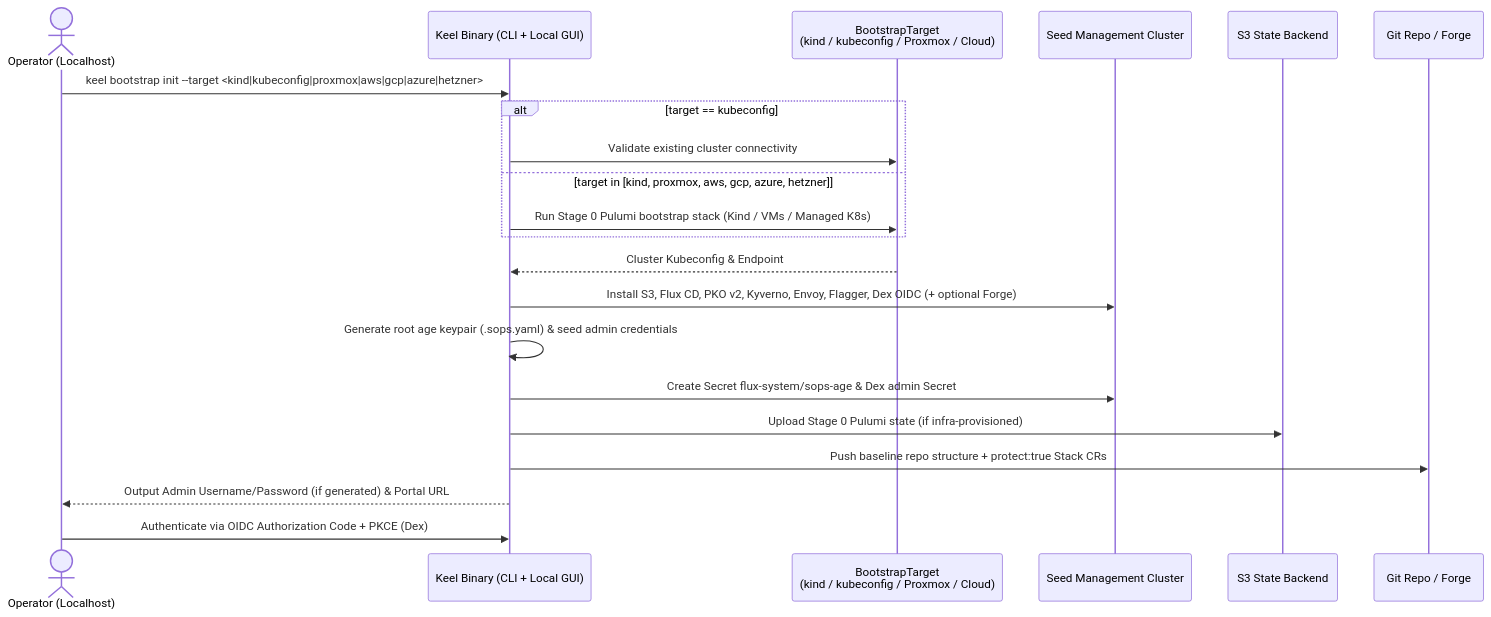
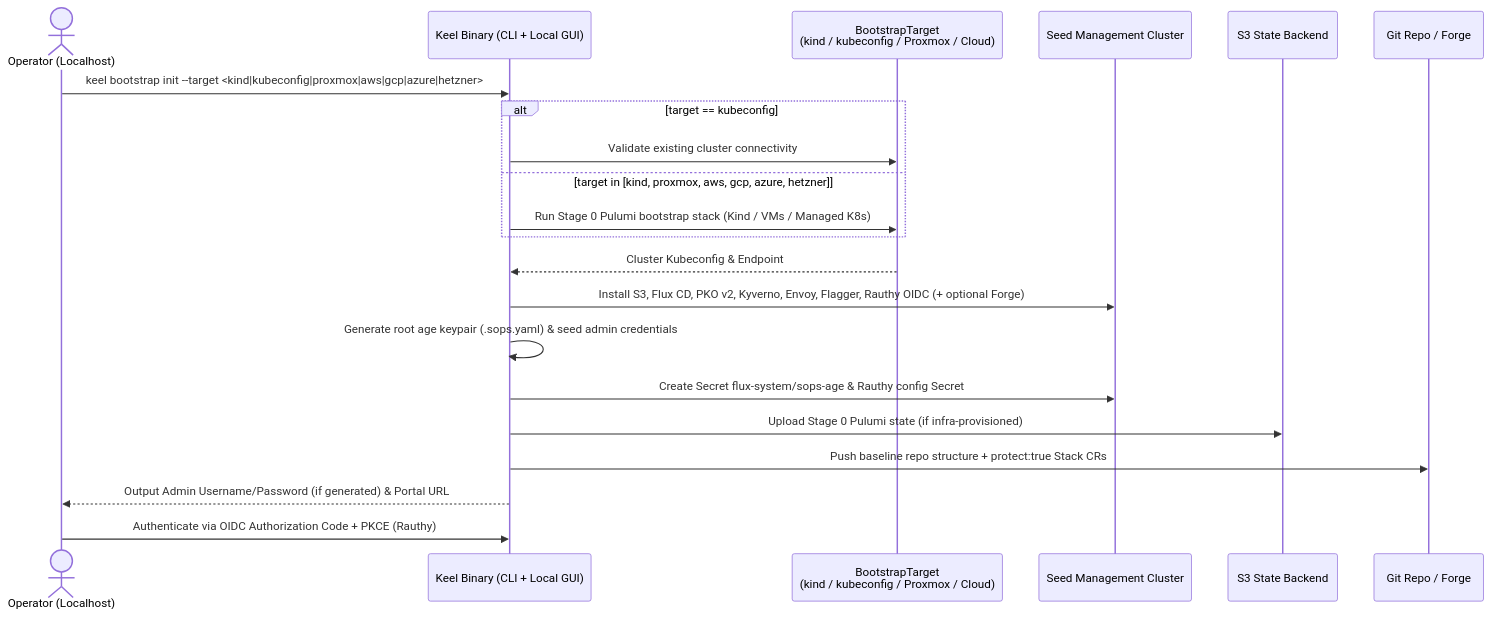
The second of 5 diagrams in SDD.md (rdylanwalker/keel), drawn with Mermaid before and after one commit. The commit also changed other lines of this file and 3 other files, not shown here.

Commit message:
docs: document OIDC tenant group mapping and Rauthy setup

````diff
--- a/SDD.md
+++ b/SDD.md
@@ -103,24 +103,24 @@
 ```mermaid
 sequenceDiagram
     actor Op as Operator (Localhost)
     participant CLI as Keel Binary (CLI + Local GUI)
     participant Target as BootstrapTarget<br/>(kind / kubeconfig / Proxmox / Cloud)
     participant K8S as Seed Management Cluster
     participant S3 as S3 State Backend
     participant Git as Git Repo / Forge
 
     Op->>CLI: keel bootstrap init --target <kind|kubeconfig|proxmox|aws|gcp|azure|hetzner>
     alt target == kubeconfig
         CLI->>Target: Validate existing cluster connectivity
     else target in [kind, proxmox, aws, gcp, azure, hetzner]
         CLI->>Target: Run Stage 0 Pulumi bootstrap stack (Kind / VMs / Managed K8s)
     end
     Target-->>CLI: Cluster Kubeconfig & Endpoint
-    CLI->>K8S: Install S3, Flux CD, PKO v2, Kyverno, Envoy, Flagger, Dex OIDC (+ optional Forge)
+    CLI->>K8S: Install S3, Flux CD, PKO v2, Kyverno, Envoy, Flagger, Rauthy OIDC (+ optional Forge)
     CLI->>CLI: Generate root age keypair (.sops.yaml) & seed admin credentials
-    CLI->>K8S: Create Secret flux-system/sops-age & Dex admin Secret
+    CLI->>K8S: Create Secret flux-system/sops-age & Rauthy config Secret
     CLI->>S3: Upload Stage 0 Pulumi state (if infra-provisioned)
     CLI->>Git: Push baseline repo structure + protect:true Stack CRs
     CLI-->>Op: Output Admin Username/Password (if generated) & Portal URL
-    Op->>CLI: Authenticate via OIDC Authorization Code + PKCE (Dex)
+    Op->>CLI: Authenticate via OIDC Authorization Code + PKCE (Rauthy)
 ```
````
